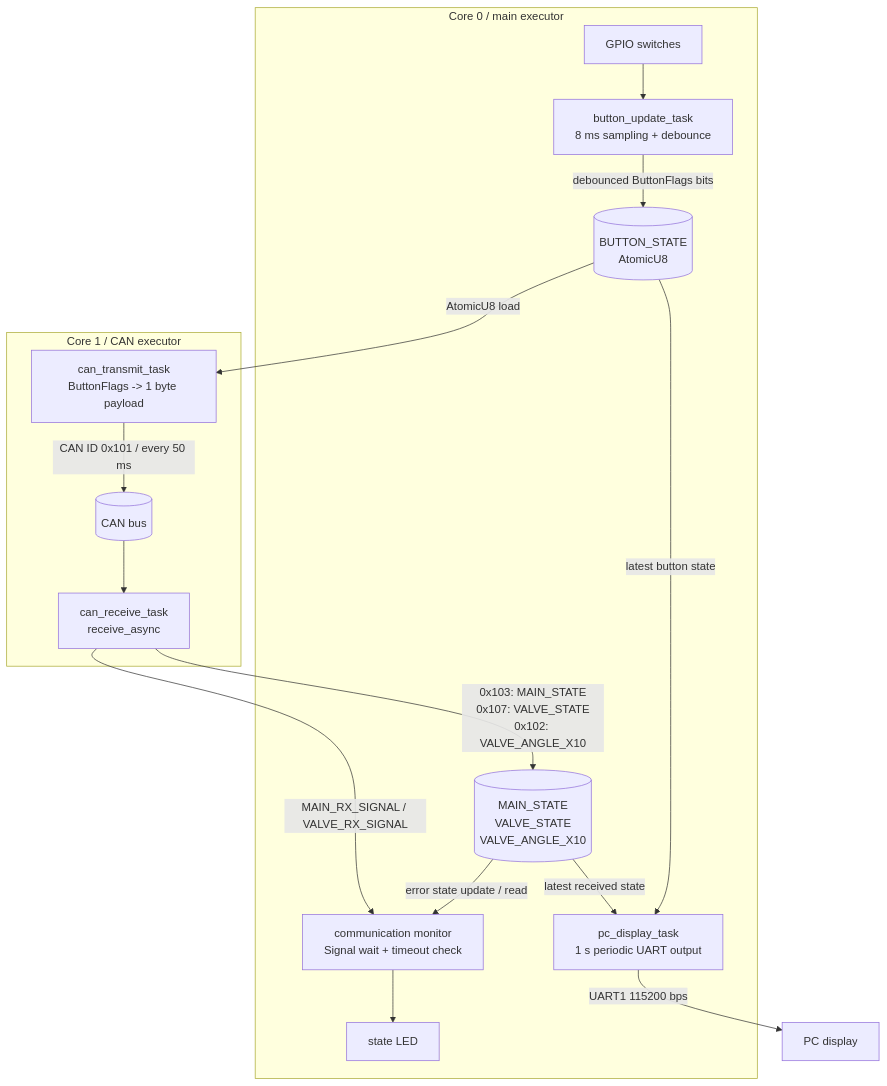
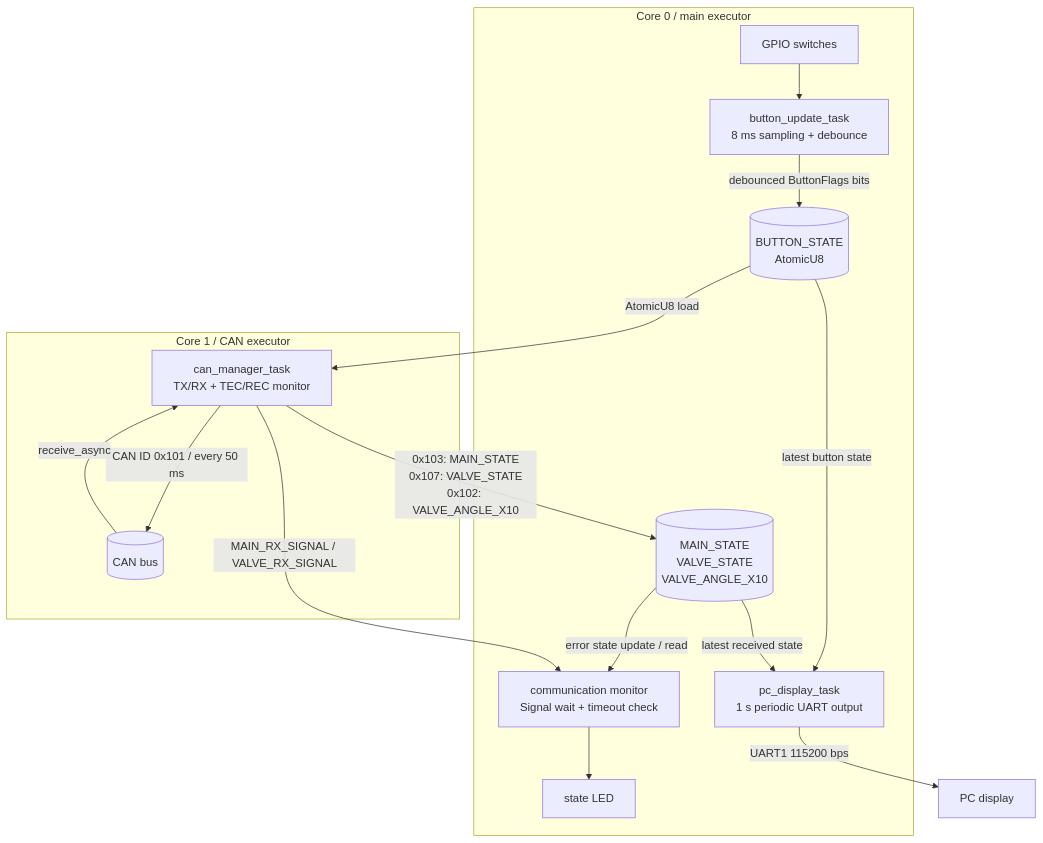
The diagram in README.md (Kuh456/GSE_99L_controller_panel), drawn with Mermaid before and after one commit. The commit also changed other lines of this file and 6 other files, not shown here.

````diff
--- a/README.md
+++ b/README.md
@@ -9,33 +9,32 @@
 ```mermaid
 flowchart TB
     subgraph CORE0["Core 0 / main executor"]
         GPIO["GPIO switches"]
         BUTTON["button_update_task<br/>8 ms sampling + debounce"]
         BUTTON_STATE[("BUTTON_STATE<br/>AtomicU8")]
         PCDISP["pc_display_task<br/>1 s periodic UART output"]
         STATE_ATOMICS[("MAIN_STATE<br/>VALVE_STATE<br/>VALVE_ANGLE_X10")]
         MONITOR["communication monitor<br/>Signal wait + timeout check"]
         LED["state LED"]
 
         GPIO --> BUTTON
         BUTTON -->|"debounced ButtonFlags bits"| BUTTON_STATE
         BUTTON_STATE -->|"latest button state"| PCDISP
         STATE_ATOMICS -->|"latest received state"| PCDISP
         STATE_ATOMICS -->|"error state update / read"| MONITOR
         MONITOR --> LED
     end
 
     subgraph CORE1["Core 1 / CAN executor"]
-        CANTX["can_transmit_task<br/>ButtonFlags -> 1 byte payload"]
+        CANMGR["can_manager_task<br/>TX/RX + TEC/REC monitor"]
         CANBUS[("CAN bus")]
-        CANRX["can_receive_task<br/>receive_async"]
 
-        CANTX -->|"CAN ID 0x101 / every 50 ms"| CANBUS
-        CANBUS --> CANRX
+        CANMGR -->|"CAN ID 0x101 / every 50 ms"| CANBUS
+        CANBUS -->|"receive_async"| CANMGR
     end
 
-    BUTTON_STATE -->|"AtomicU8 load"| CANTX
-    CANRX -->|"0x103: MAIN_STATE<br/>0x107: VALVE_STATE<br/>0x102: VALVE_ANGLE_X10"| STATE_ATOMICS
-    CANRX -->|"MAIN_RX_SIGNAL / VALVE_RX_SIGNAL"| MONITOR
+    BUTTON_STATE -->|"AtomicU8 load"| CANMGR
+    CANMGR -->|"0x103: MAIN_STATE<br/>0x107: VALVE_STATE<br/>0x102: VALVE_ANGLE_X10"| STATE_ATOMICS
+    CANMGR -->|"MAIN_RX_SIGNAL / VALVE_RX_SIGNAL"| MONITOR
     PCDISP -->|"UART1 115200 bps"| PC["PC display"]
 ```
````
